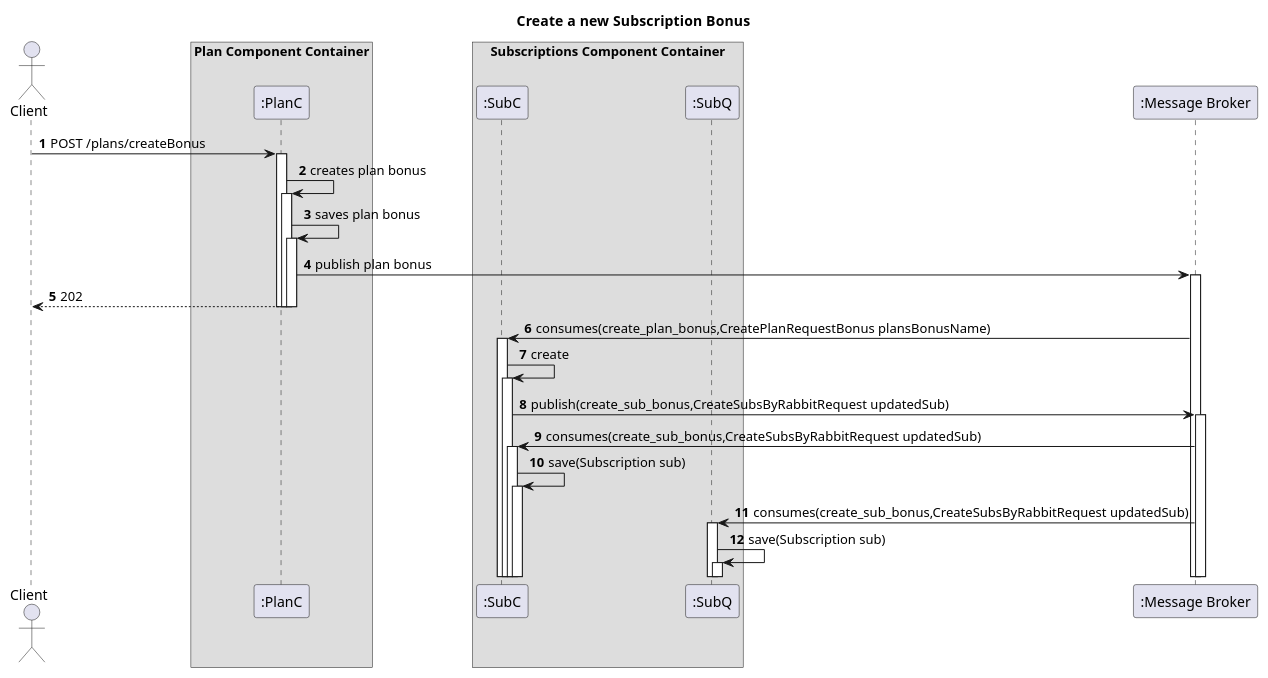
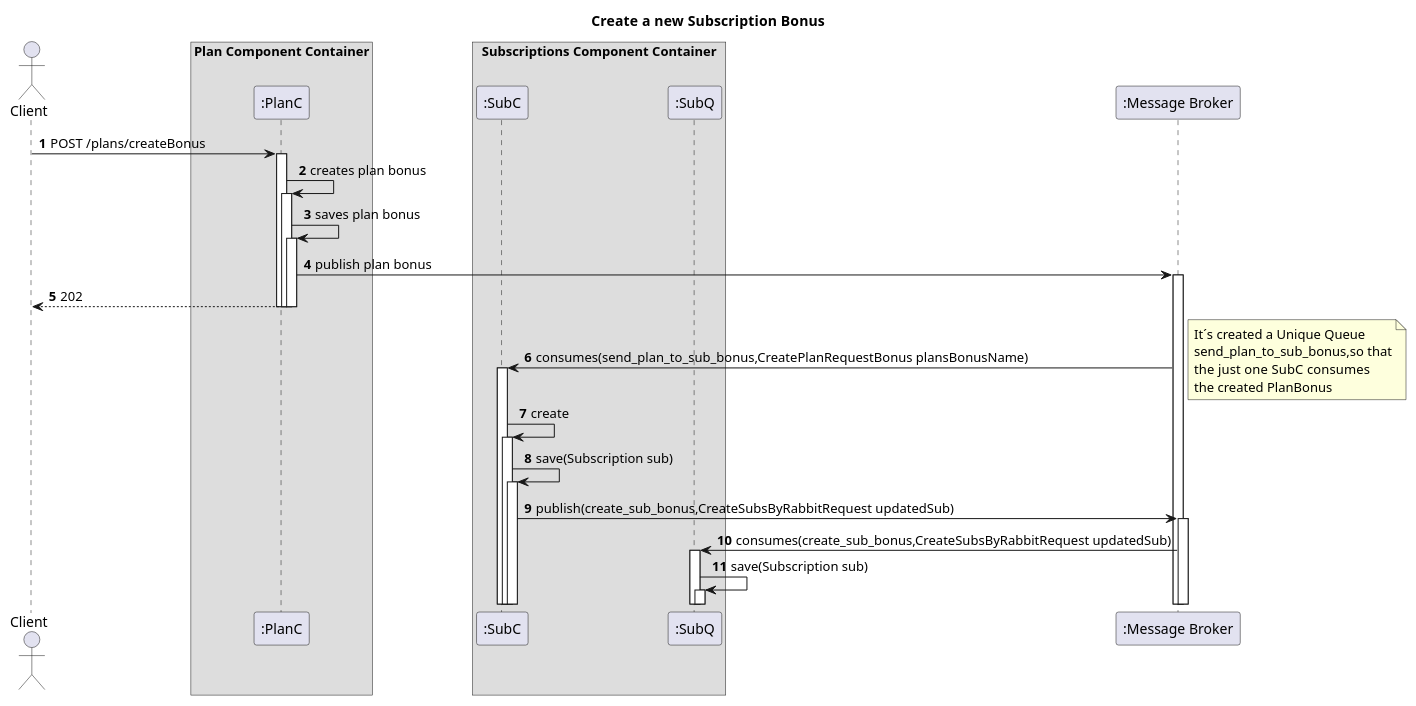
The diagram in docs_sidis/Terceira_Avaliação/Bonus/Vista_Logica/N2/Subscriptions/CreatePlanBonus.puml (IsepMartimOliveira/SIDIS), drawn with PlantUML before and after one commit. The commit also changed 13 other files, not shown here.

```diff
--- a/docs_sidis/Terceira_Avaliação/Bonus/Vista_Logica/N2/Subscriptions/CreatePlanBonus.puml
+++ b/docs_sidis/Terceira_Avaliação/Bonus/Vista_Logica/N2/Subscriptions/CreatePlanBonus.puml
@@ -1,50 +1,56 @@
 @startuml
 'https://plantuml.com/sequence-diagram
 autoactivate on
 autonumber
 title  Create  a new Subscription Bonus
 
 autonumber
 
 actor "Client" as Ac
 box "Plan Component Container"
 participant ":PlanC" as Auth
 end box
 box "Subscriptions Component Container"
     participant ":SubC" as NewComp
     participant ":SubQ" as NewCompQ
 end box
 participant ":Message Broker" as Broker
 
 
 Ac->Auth:POST /plans/createBonus
 Auth->Auth:creates plan bonus
 Auth->Auth:saves plan bonus
 Auth->Broker:publish plan bonus
 
 Auth-->Ac:202
 deactivate Auth
 deactivate Auth
 
 
+Broker->NewComp:consumes(send_plan_to_sub_bonus,CreatePlanRequestBonus plansBonusName)
 
-Broker->NewComp:consumes(create_plan_bonus,CreatePlanRequestBonus plansBonusName)
+note right
+It´s created a Unique Queue
+send_plan_to_sub_bonus,so that
+the just one SubC  consumes
+the created PlanBonus
+end note
 NewComp->NewComp:create
+NewComp->NewComp:save(Subscription sub)
+
 NewComp->Broker:publish(create_sub_bonus,CreateSubsByRabbitRequest updatedSub)
-Broker->NewComp:consumes(create_sub_bonus,CreateSubsByRabbitRequest updatedSub)
-NewComp->NewComp:save(Subscription sub)
 Broker->NewCompQ:consumes(create_sub_bonus,CreateSubsByRabbitRequest updatedSub)
 NewCompQ->NewCompQ:save(Subscription sub)
 
 
 
 
 
 
 
 
 
 
 
 
 @enduml
```
